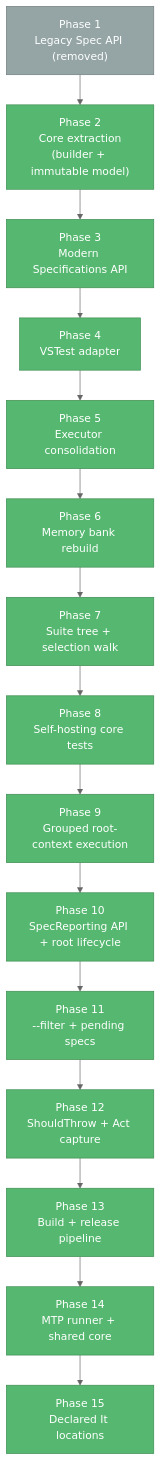
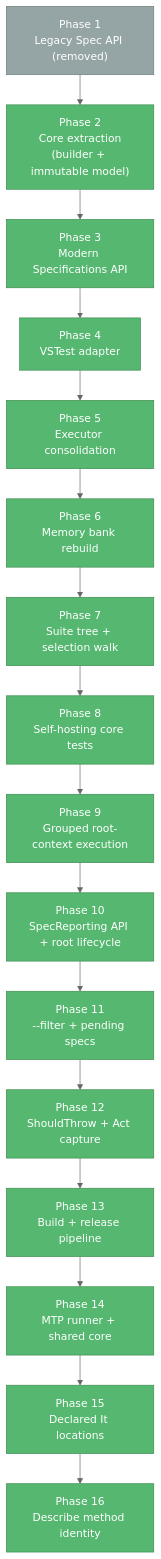
The diagram in memory-bank/progress.md (yozepi/Specs), drawn with Mermaid before and after one commit. The commit also changed other lines of this file and 12 other files, not shown here.

First line of the commit message:
Name [Describe] method as test identity for IDEs

````diff
--- a/memory-bank/progress.md
+++ b/memory-bank/progress.md
@@ -114,25 +115,26 @@
 ```mermaid
 %%{init: {'theme': 'neutral', 'flowchart': {'nodeSpacing': 30, 'rankSpacing': 45, 'wrappingWidth': 160}}}%%
 flowchart TD
     P1["Phase 1<br/>Legacy Spec API (removed)"]:::deprecated
     P2["Phase 2<br/>Core extraction<br/>(builder + immutable model)"]:::app
     P3["Phase 3<br/>Modern Specifications API"]:::app
     P4["Phase 4<br/>VSTest adapter"]:::app
     P5["Phase 5<br/>Executor consolidation"]:::app
     P6["Phase 6<br/>Memory bank rebuild"]:::app
     P7["Phase 7<br/>Suite tree + selection walk"]:::app
     P8["Phase 8<br/>Self-hosting core tests"]:::app
     P9["Phase 9<br/>Grouped root-context execution"]:::app
     P10["Phase 10<br/>SpecReporting API + root lifecycle"]:::app
     P11["Phase 11<br/>--filter + pending specs"]:::app
     P12["Phase 12<br/>ShouldThrow + Act capture"]:::app
     P13["Phase 13<br/>Build + release pipeline"]:::app
     P14["Phase 14<br/>MTP runner + shared core"]:::app
     P15["Phase 15<br/>Declared It locations"]:::app
+    P16["Phase 16<br/>Describe method identity"]:::app
 
     P1 --> P2 --> P3 --> P4
-    P4 --> P5 --> P6 --> P7 --> P8 --> P9 --> P10 --> P11 --> P12 --> P13 --> P14 --> P15
+    P4 --> P5 --> P6 --> P7 --> P8 --> P9 --> P10 --> P11 --> P12 --> P13 --> P14 --> P15 --> P16
 
     classDef app fill:#56B870,stroke:#3D8B50,color:#fff
     classDef deprecated fill:#95A5A6,stroke:#707B7C,color:#fff
 ```
````
